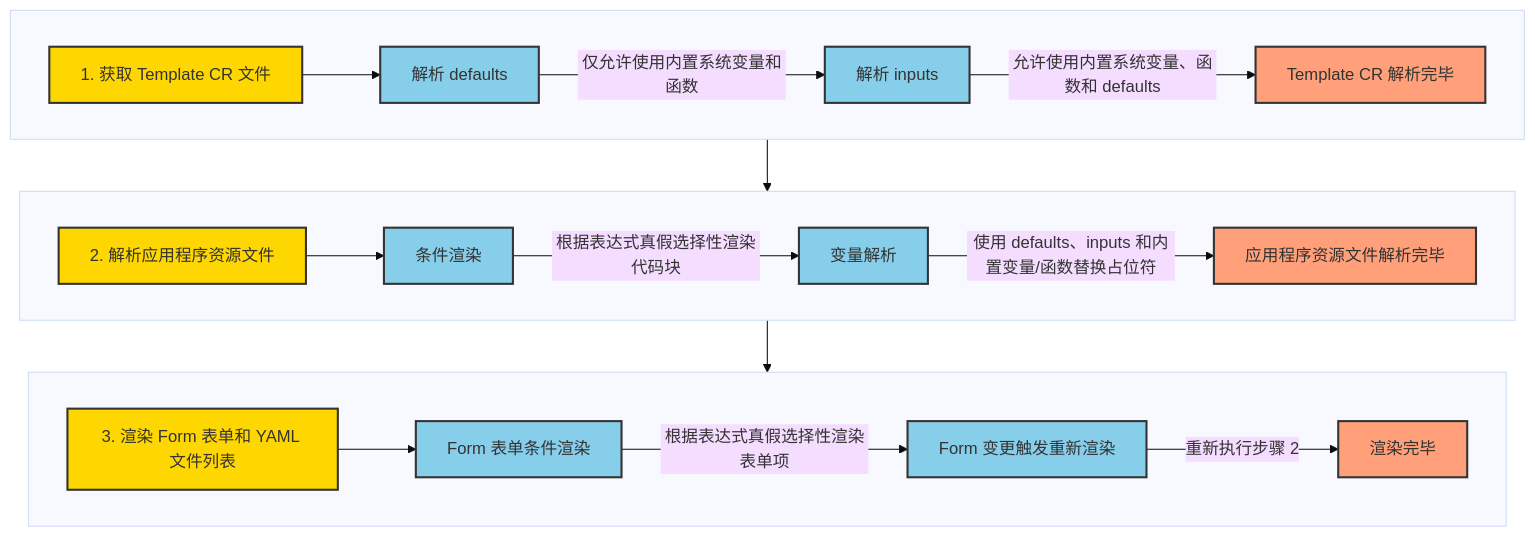
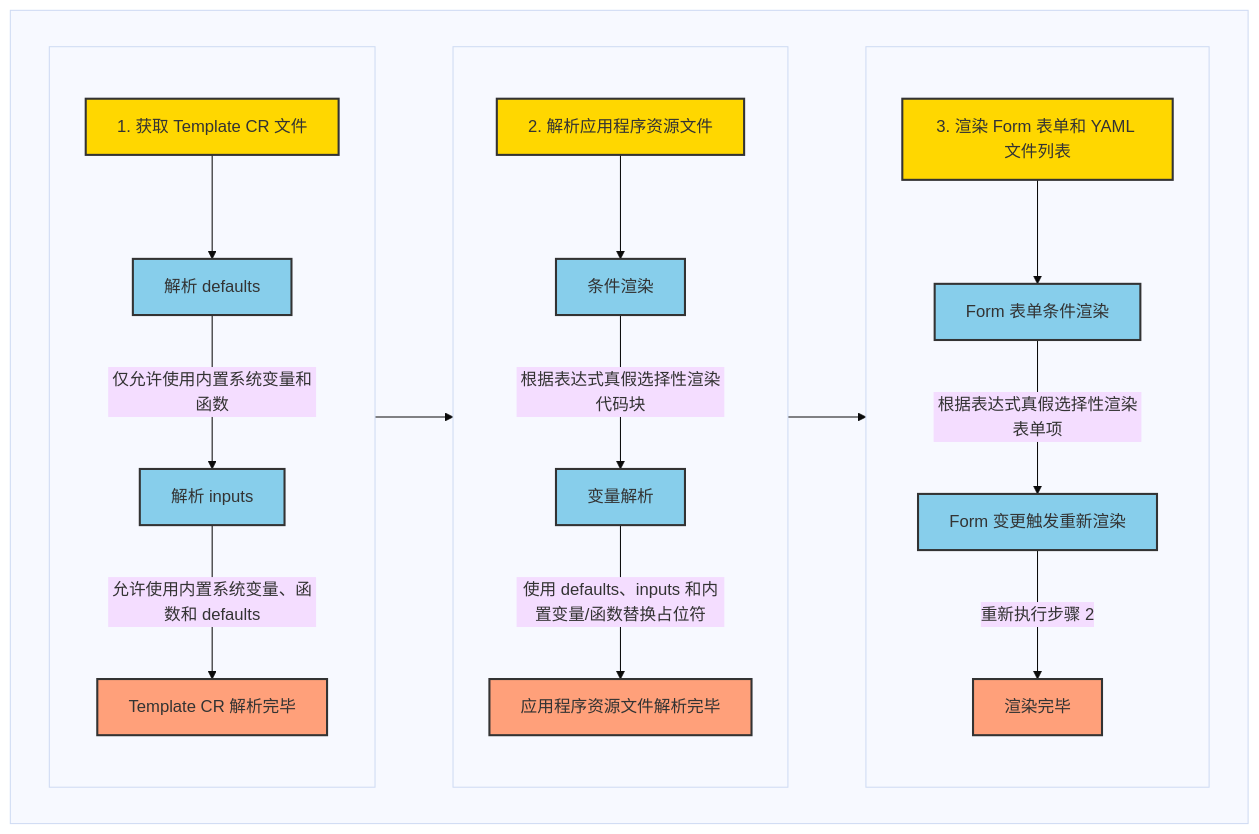
One commit to labring-actions/templates changed the diagram in example_zh.md. Above: the diagram before and after it, drawn with Mermaid (base theme). The commit also changed other lines of this file and 1 other file, not shown here.

````diff
--- a/example_zh.md
+++ b/example_zh.md
@@ -1198,34 +1168,36 @@
 ```mermaid
-graph TD
+graph TB
+  subgraph father[ ]
     style A fill:#FFD700,stroke:#333,stroke-width:2px
     style B fill:#87CEEB,stroke:#333,stroke-width:2px
     style C fill:#87CEEB,stroke:#333,stroke-width:2px
     style D fill:#FFA07A,stroke:#333,stroke-width:2px
     style E fill:#FFD700,stroke:#333,stroke-width:2px
     style F fill:#87CEEB,stroke:#333,stroke-width:2px
     style G fill:#87CEEB,stroke:#333,stroke-width:2px
     style H fill:#FFA07A,stroke:#333,stroke-width:2px
     style I fill:#FFD700,stroke:#333,stroke-width:2px
     style J fill:#87CEEB,stroke:#333,stroke-width:2px
     style K fill:#87CEEB,stroke:#333,stroke-width:2px
     style L fill:#FFA07A,stroke:#333,stroke-width:2px
 
     subgraph sub1[ ]
         A[1. 获取 Template CR 文件] --> B[解析 defaults]
         B -- 仅允许使用内置系统变量和函数 --> C[解析 inputs]
         C -- 允许使用内置系统变量、函数和 defaults --> D[Template CR 解析完毕]
     end
     subgraph sub2[ ]
         E[2. 解析应用程序资源文件] --> F[条件渲染]
         F -- 根据表达式真假选择性渲染代码块 --> G[变量解析]
         G -- 使用 defaults、inputs 和内置变量/函数替换占位符 --> H[应用程序资源文件解析完毕]
     end
     subgraph sub3[ ]
         I[3. 渲染 Form 表单和 YAML 文件列表] --> J[Form 表单条件渲染]
         J -- 根据表达式真假选择性渲染表单项 --> K[Form 变更触发重新渲染]
         K -- 重新执行步骤 2 --> L[渲染完毕]
     end
     
     sub1 --> sub2
     sub2 --> sub3
+  end
 ```
````
